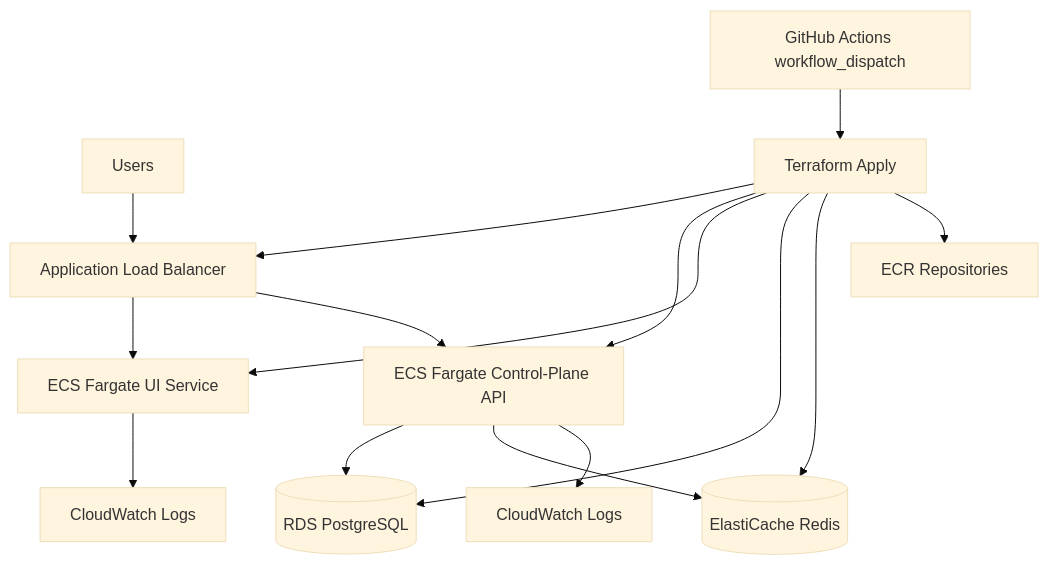
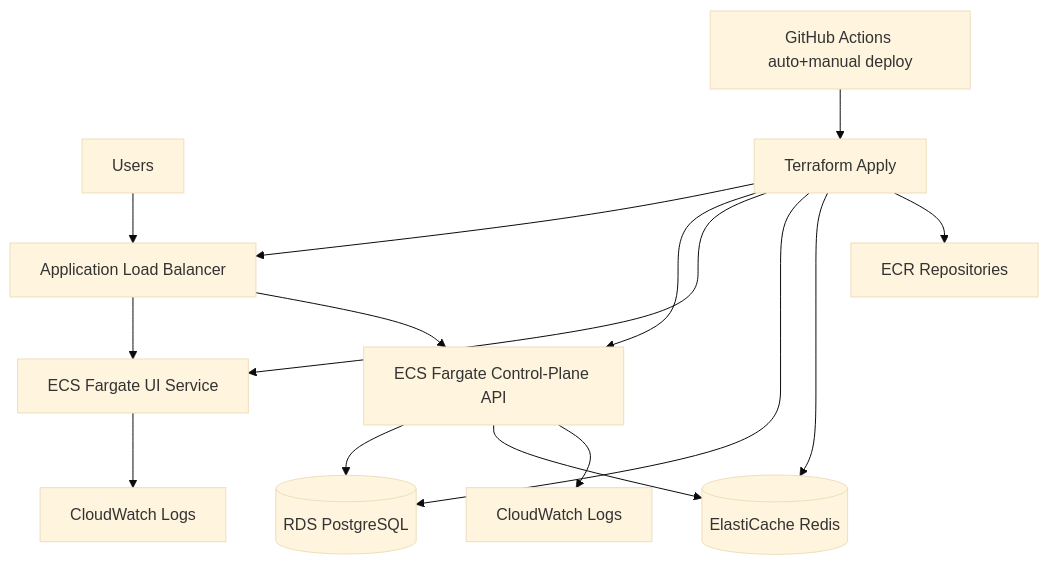
The diagram in README.md (jmahotiedu/feature-flag-platform), drawn with Mermaid (base theme) before and after one commit. The commit also changed other lines of this file and 1 other file, not shown here.

Commit message:
Add auto-deploy workflow with smoke verification

````diff
--- a/README.md
+++ b/README.md
@@ -88,17 +88,17 @@
 ```mermaid
 graph TD
   U[Users] --> ALB[Application Load Balancer]
   ALB --> UI[ECS Fargate UI Service]
   ALB --> API[ECS Fargate Control-Plane API]
   API --> RDS[(RDS PostgreSQL)]
   API --> REDIS[(ElastiCache Redis)]
   API --> CW1[CloudWatch Logs]
   UI --> CW2[CloudWatch Logs]
-  GH[GitHub Actions workflow_dispatch] --> TF[Terraform Apply]
+  GH[GitHub Actions auto+manual deploy] --> TF[Terraform Apply]
   TF --> ALB
   TF --> API
   TF --> UI
   TF --> RDS
   TF --> REDIS
   TF --> ECR[ECR Repositories]
 ```
````
